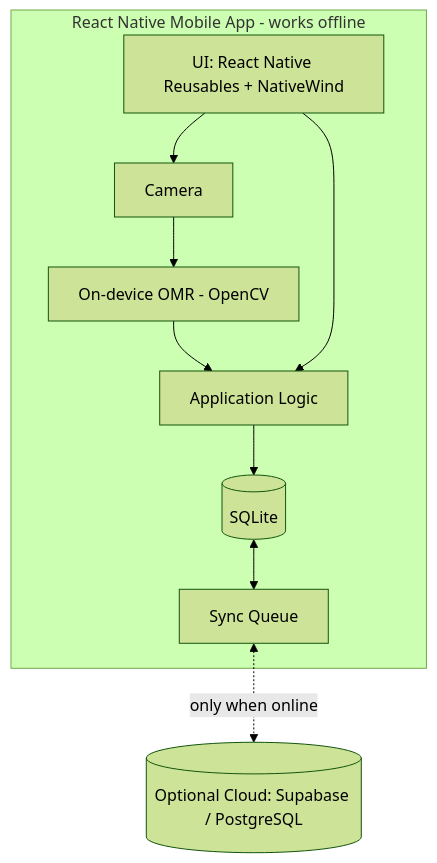
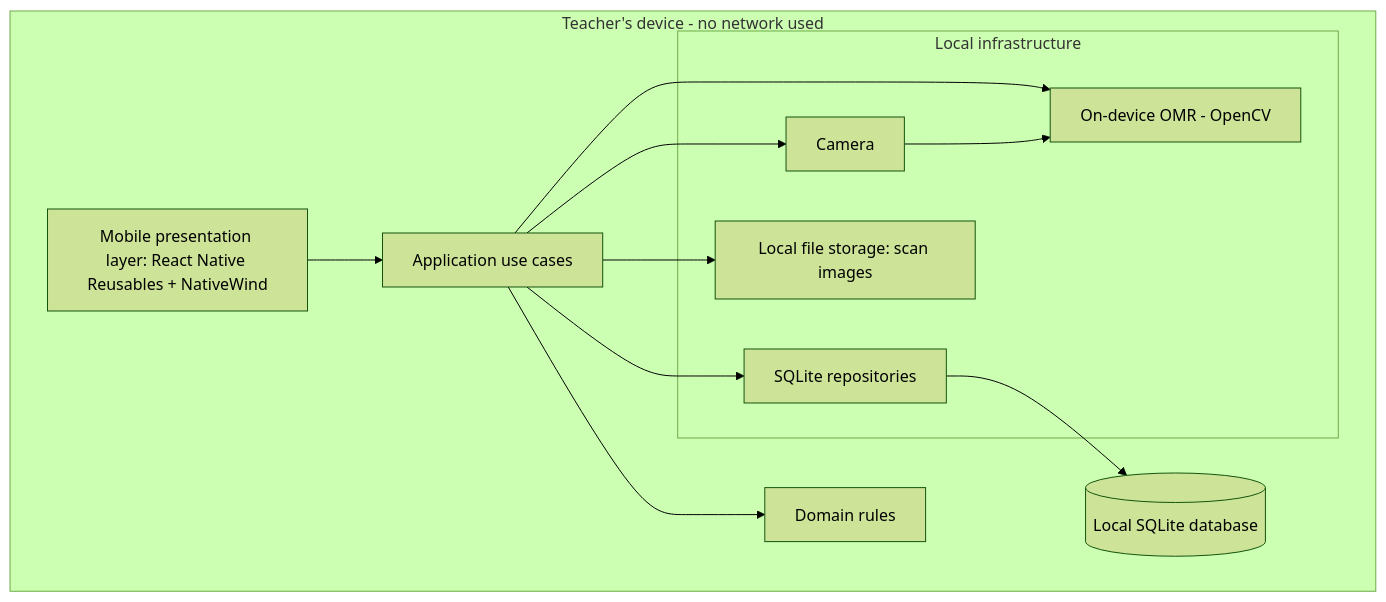
The first of 7 diagrams in docs/diagrams.md (nicolaseugenio2022-cyber/answer-checker), drawn with Mermaid (forest theme) before and after one commit. The commit also changed other lines of this file and 5 other files, not shown here.

First line of the commit message:
docs: make the architecture offline-only

````diff
--- a/docs/diagrams.md
+++ b/docs/diagrams.md
@@ -9,21 +11,24 @@
 ```mermaid
 flowchart TD
-    subgraph Device["React Native Mobile App - works offline"]
-        UI["UI: React Native Reusables + NativeWind"]
-        CAM["Camera"]
-        OMR["On-device OMR - OpenCV"]
-        LOGIC["Application Logic"]
-        DB[("SQLite")]
-        QUEUE["Sync Queue"]
+    subgraph Device["Teacher's device - no network used"]
+        UI["Mobile presentation layer: React Native Reusables + NativeWind"]
+        APP["Application use cases"]
+        DOMAIN["Domain rules"]
+        subgraph Infra["Local infrastructure"]
+            CAM["Camera"]
+            OMR["On-device OMR - OpenCV"]
+            REPO["SQLite repositories"]
+            FILES["Local file storage: scan images"]
+        end
+        DB[("Local SQLite database")]
     end
 
-    CLOUD[("Optional Cloud: Supabase / PostgreSQL")]
-
-    UI --> CAM
+    UI --> APP
+    APP --> DOMAIN
+    APP --> CAM
+    APP --> OMR
+    APP --> REPO
+    APP --> FILES
     CAM --> OMR
-    OMR --> LOGIC
-    UI --> LOGIC
-    LOGIC --> DB
-    DB <--> QUEUE
-    QUEUE <-.->|"only when online"| CLOUD
+    REPO --> DB
 ```
````
